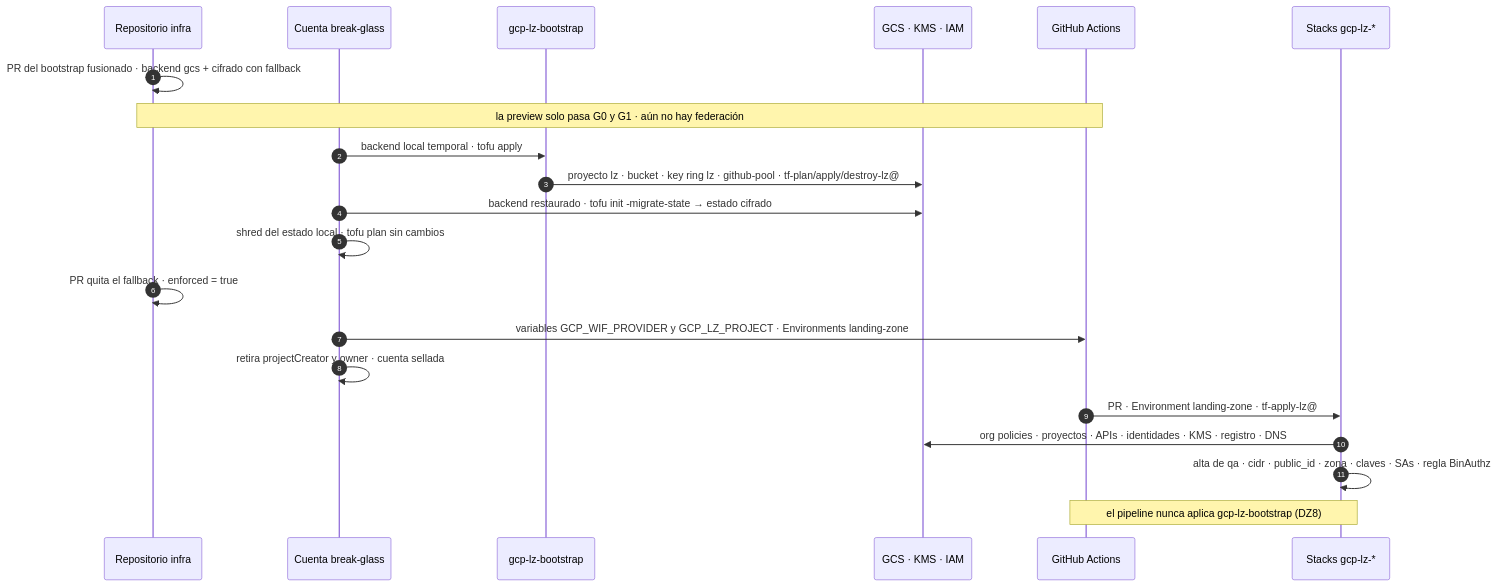
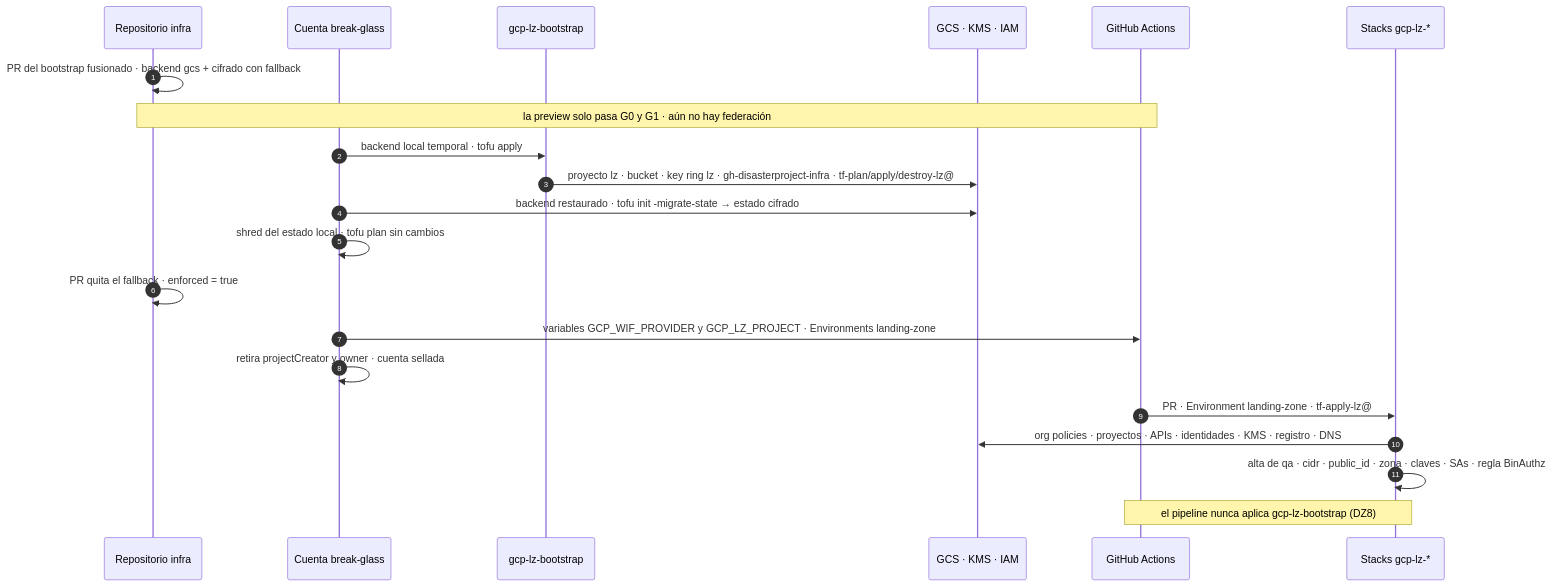
The diagram in docs/es/proposals/landing-zone-qa/diagrams/02-arranque.mmd (aescanero/proposal_documents), drawn with Mermaid before and after one commit. The commit also changed 86 other files, not shown here.

```diff
--- a/docs/es/proposals/landing-zone-qa/diagrams/02-arranque.mmd
+++ b/docs/es/proposals/landing-zone-qa/diagrams/02-arranque.mmd
@@ -1,21 +1,21 @@
 sequenceDiagram
     autonumber
     participant R as Repositorio infra
     participant P as Cuenta break-glass
     participant B as gcp-lz-bootstrap
     participant G as GCS · KMS · IAM
     participant CI as GitHub Actions
     participant L as Stacks gcp-lz-*
     R->>R: PR del bootstrap fusionado · backend gcs + cifrado con fallback
     Note over R,CI: la preview solo pasa G0 y G1 · aún no hay federación
     P->>B: backend local temporal · tofu apply
-    B->>G: proyecto lz · bucket · key ring lz · github-pool · tf-plan/apply/destroy-lz@
+    B->>G: proyecto lz · bucket · key ring lz · gh-disasterproject-infra · tf-plan/apply/destroy-lz@
     P->>G: backend restaurado · tofu init -migrate-state → estado cifrado
     P->>P: shred del estado local · tofu plan sin cambios
     R->>R: PR quita el fallback · enforced = true
     P->>CI: variables GCP_WIF_PROVIDER y GCP_LZ_PROJECT · Environments landing-zone
     P->>P: retira projectCreator y owner · cuenta sellada
     CI->>L: PR · Environment landing-zone · tf-apply-lz@
     L->>G: org policies · proyectos · APIs · identidades · KMS · registro · DNS
     L->>L: alta de qa · cidr · public_id · zona · claves · SAs · regla BinAuthz
     Note over CI,L: el pipeline nunca aplica gcp-lz-bootstrap (DZ8)
```
